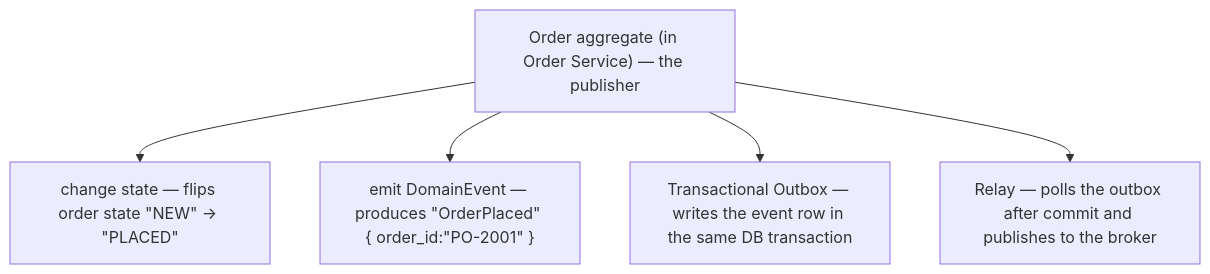
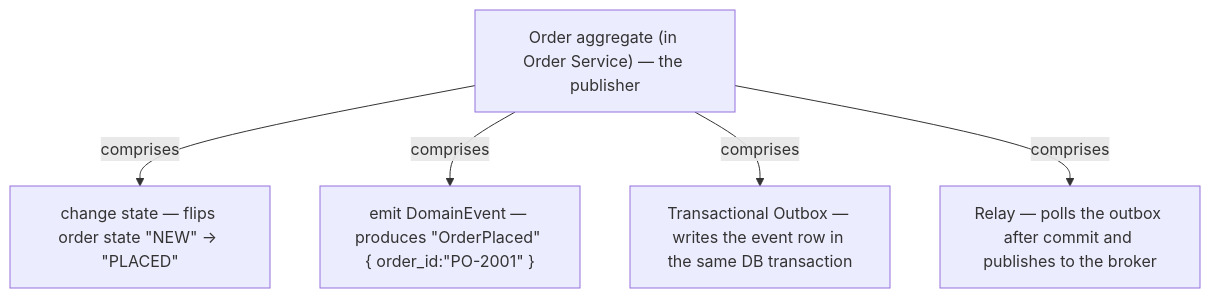
One commit to vinayakuber/microservices-io-study-guide changed the fourth of 12 diagrams in docs/ch17-domain-event.md. Above: the diagram before and after it, drawn with Mermaid. The commit also changed other lines of this file and 71 other files, not shown here.

First line of the commit message:
R18: label every diagram arrow with its meaning

````diff
--- a/docs/ch17-domain-event.md
+++ b/docs/ch17-domain-event.md
@@ -166,8 +166,8 @@
 ```mermaid
 flowchart TD
   R["Order aggregate (in Order Service) — the publisher"]
-  R --> P0["change state — flips order state #quot;NEW#quot; -&gt; #quot;PLACED#quot;"]
-  R --> P1["emit DomainEvent — produces #quot;OrderPlaced#quot; { order_id:#quot;PO-2001#quot; }"]
-  R --> P2["Transactional Outbox — writes the event row in the same DB transaction"]
-  R --> P3["Relay — polls the outbox after commit and publishes to the broker"]
+  R -->|"comprises"| P0["change state — flips order state #quot;NEW#quot; -&gt; #quot;PLACED#quot;"]
+  R -->|"comprises"| P1["emit DomainEvent — produces #quot;OrderPlaced#quot; { order_id:#quot;PO-2001#quot; }"]
+  R -->|"comprises"| P2["Transactional Outbox — writes the event row in the same DB transaction"]
+  R -->|"comprises"| P3["Relay — polls the outbox after commit and publishes to the broker"]
 ```
````
